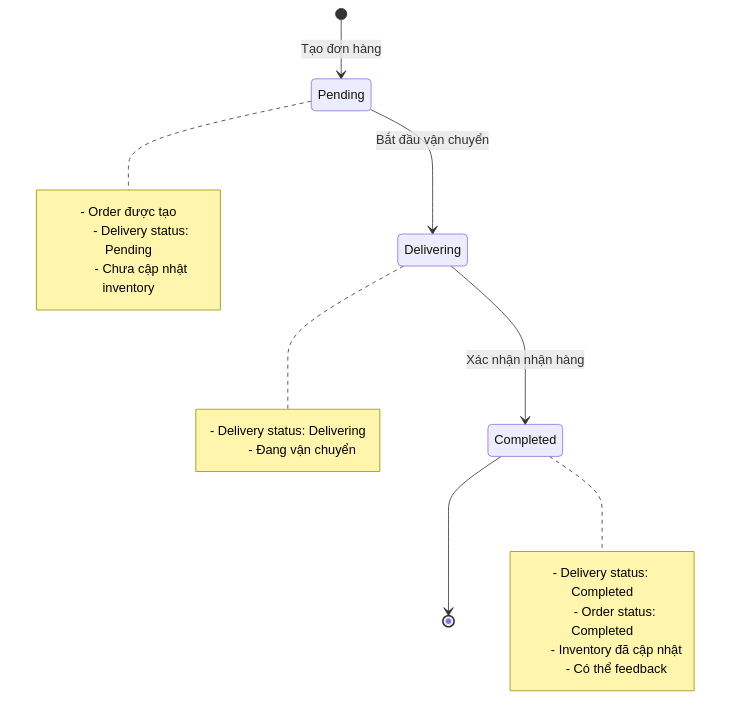
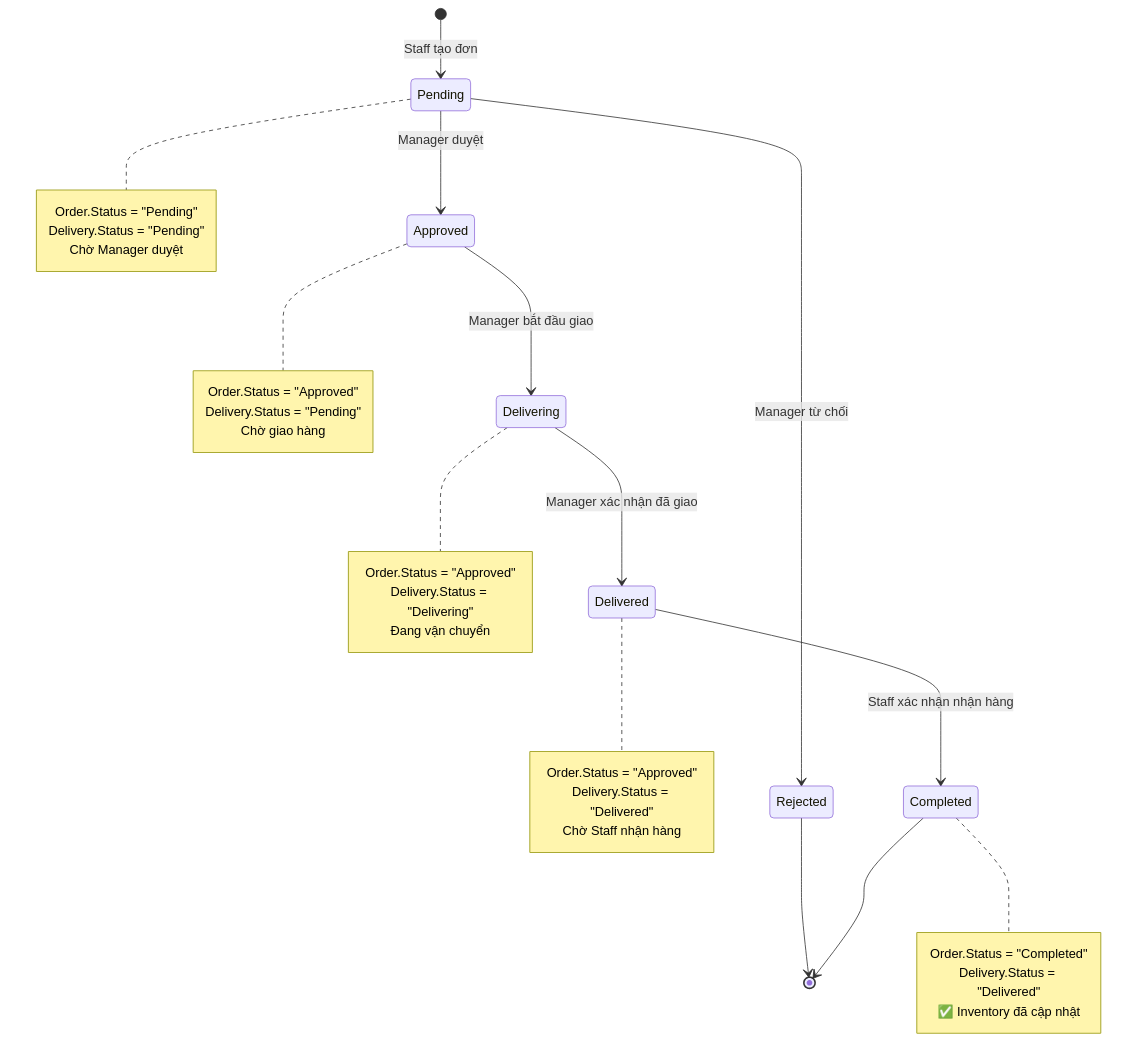
Before and after one commit to FranLink-PRN222/FranLink_BE: the first of 2 diagrams in franchise_store_staff_flow.md, drawn with Mermaid. The commit also changed other lines of this file and 100 other files, not shown here.

Commit message:
implement manager flows

````diff
--- a/franchise_store_staff_flow.md
+++ b/franchise_store_staff_flow.md
@@ -248,25 +441,44 @@
 ```mermaid
 stateDiagram-v2
-    [*] --> Pending: Tạo đơn hàng
-    Pending --> Delivering: Bắt đầu vận chuyển
-    Delivering --> Completed: Xác nhận nhận hàng
+    [*] --> Pending: Staff tạo đơn
+    
+    Pending --> Approved: Manager duyệt
+    Pending --> Rejected: Manager từ chối
+    
+    Approved --> Delivering: Manager bắt đầu giao
+    Delivering --> Delivered: Manager xác nhận đã giao
+    Delivered --> Completed: Staff xác nhận nhận hàng
+    
+    Rejected --> [*]
     Completed --> [*]
     
     note right of Pending
-        - Order được tạo
-        - Delivery status: Pending
-        - Chưa cập nhật inventory
+        Order.Status = "Pending"
+        Delivery.Status = "Pending"
+        Chờ Manager duyệt
+    end note
+    
+    note right of Approved
+        Order.Status = "Approved"
+        Delivery.Status = "Pending"
+        Chờ giao hàng
     end note
     
     note right of Delivering
-        - Delivery status: Delivering
-        - Đang vận chuyển
+        Order.Status = "Approved"
+        Delivery.Status = "Delivering"
+        Đang vận chuyển
+    end note
+    
+    note right of Delivered
+        Order.Status = "Approved"
+        Delivery.Status = "Delivered"
+        Chờ Staff nhận hàng
     end note
     
     note right of Completed
-        - Delivery status: Completed
-        - Order status: Completed
-        - Inventory đã cập nhật
-        - Có thể feedback
+        Order.Status = "Completed"
+        Delivery.Status = "Delivered"
+        ✅ Inventory đã cập nhật
     end note
 ```
````
